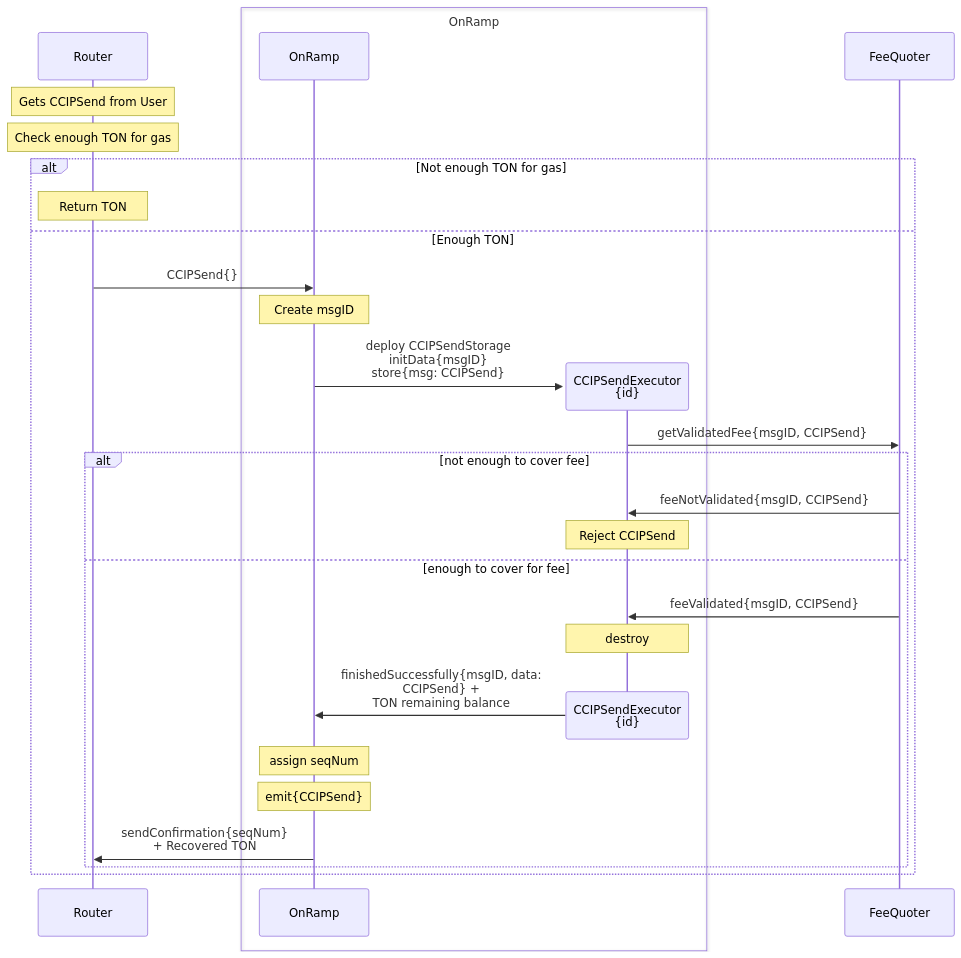
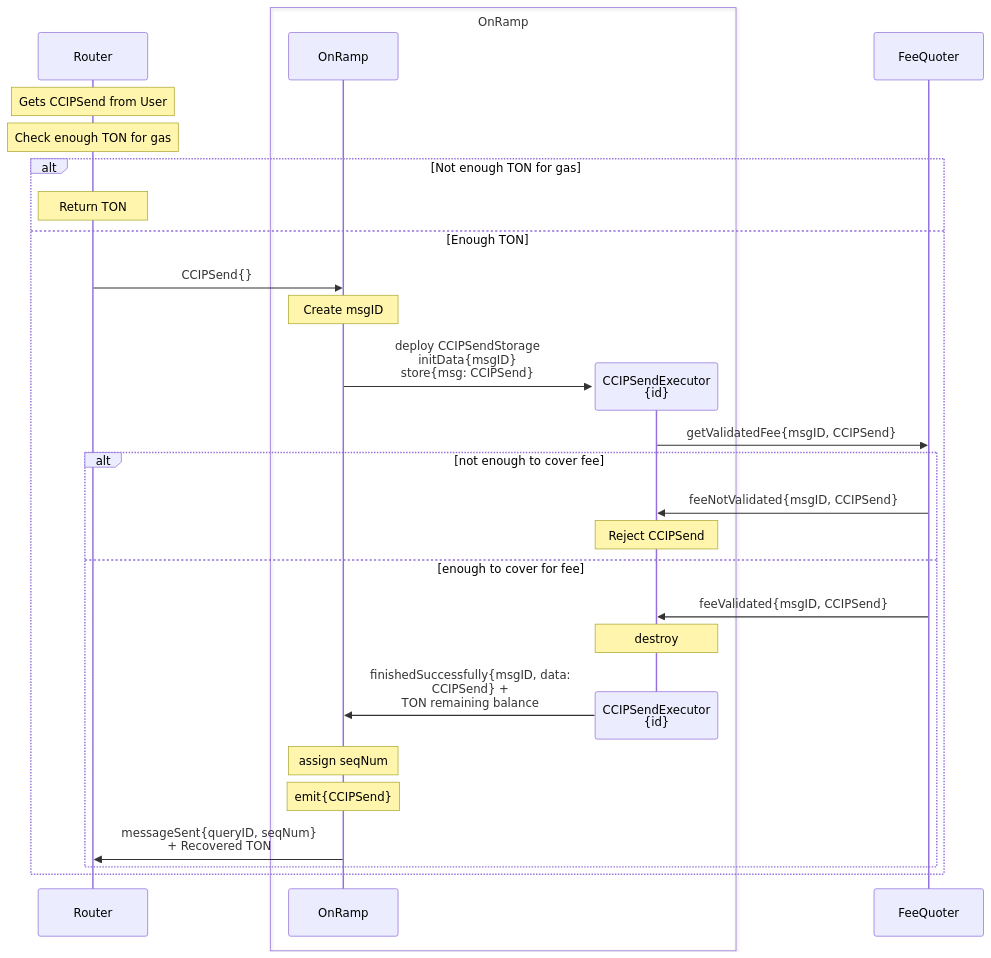
The first of 2 diagrams in docs/contracts/ccip/flow/onramp/arbitrary-msg.md (smartcontractkit/chainlink-ton), drawn with Mermaid before and after one commit. The commit also changed other lines of this file and 2 other files, not shown here.

````diff
--- a/docs/contracts/ccip/flow/onramp/arbitrary-msg.md
+++ b/docs/contracts/ccip/flow/onramp/arbitrary-msg.md
@@ -5,41 +5,41 @@
 ```mermaid
 sequenceDiagram
     participant R as Router
 
     Note over R: Gets CCIPSend from User
     Note over R: Check enough TON for gas 
     alt Not enough TON for gas
     Note over R: Return TON
     else Enough TON
 
     R ->> OR: CCIPSend{}
     
     Note over OR: Create msgID
     create participant ORM
     OR ->> ORM: deploy CCIPSendStorage <br>initData{msgID}<br>store{msg: CCIPSend}
 
     box OnRamp
     participant OR as OnRamp
     participant ORM as CCIPSendExecutor<br>{id}
     end
 
     participant FQ as FeeQuoter
 
     ORM ->> FQ: getValidatedFee{msgID, CCIPSend}
 
 
     alt not enough to cover fee
     FQ ->> ORM: feeNotValidated{msgID, CCIPSend}
     Note over ORM: Reject CCIPSend
 
     else enough to cover for fee
     FQ ->> ORM: feeValidated{msgID, CCIPSend}
     Note over ORM: destroy
     destroy ORM
     ORM ->> OR: finishedSuccessfully{msgID, data:<br>CCIPSend} +<br>TON remaining balance
     note over OR: assign seqNum
     note over OR: emit{CCIPSend}
-    OR ->> R: sendConfirmation{seqNum}<br>+ Recovered TON
+    OR ->> R: messageSent{queryID, seqNum}<br>+ Recovered TON
     end
     end
 ```
````
